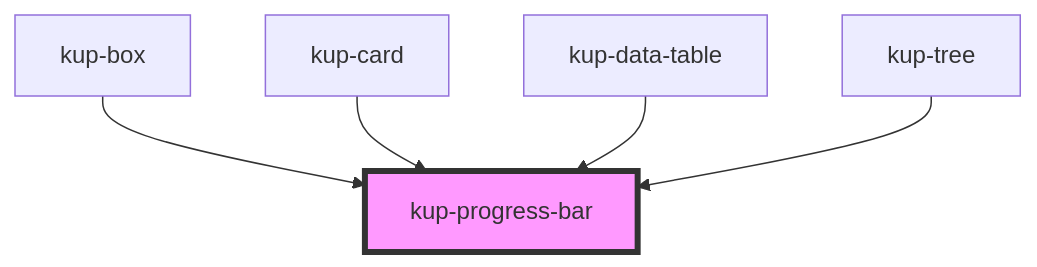
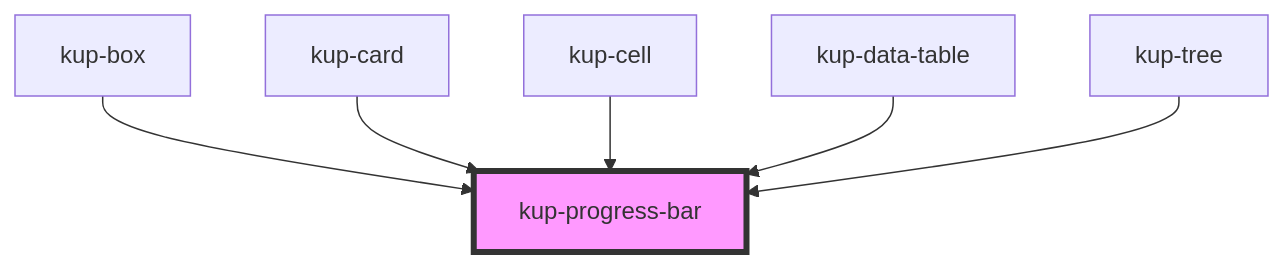
Before and after one commit to smeup/ketchup: the diagram in packages/ketchup/src/components/kup-progress-bar/readme.md, drawn with Mermaid. The commit also changed other lines of this file and 12 other files, not shown here.

````diff
--- a/packages/ketchup/src/components/kup-progress-bar/readme.md
+++ b/packages/ketchup/src/components/kup-progress-bar/readme.md
@@ -78,8 +79,9 @@
 ```mermaid
 graph TD;
   kup-box --> kup-progress-bar
   kup-card --> kup-progress-bar
+  kup-cell --> kup-progress-bar
   kup-data-table --> kup-progress-bar
   kup-tree --> kup-progress-bar
   style kup-progress-bar fill:#f9f,stroke:#333,stroke-width:4px
 ```
````
